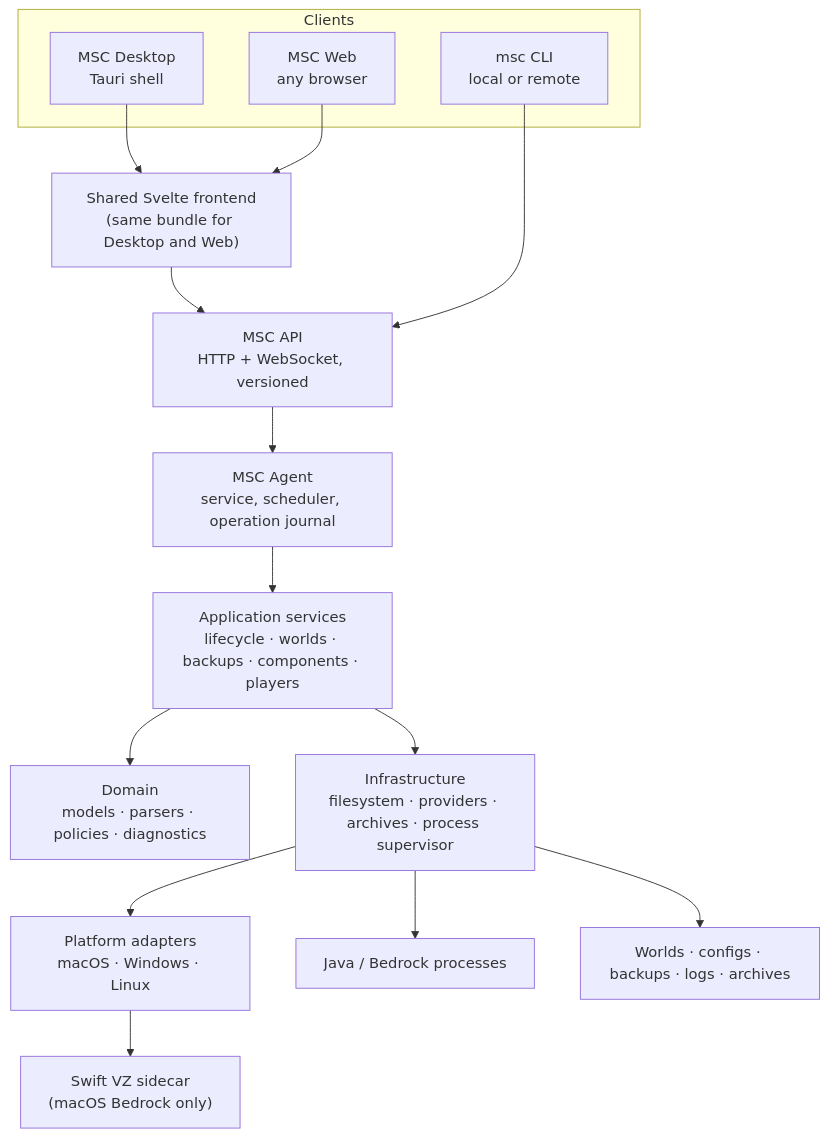
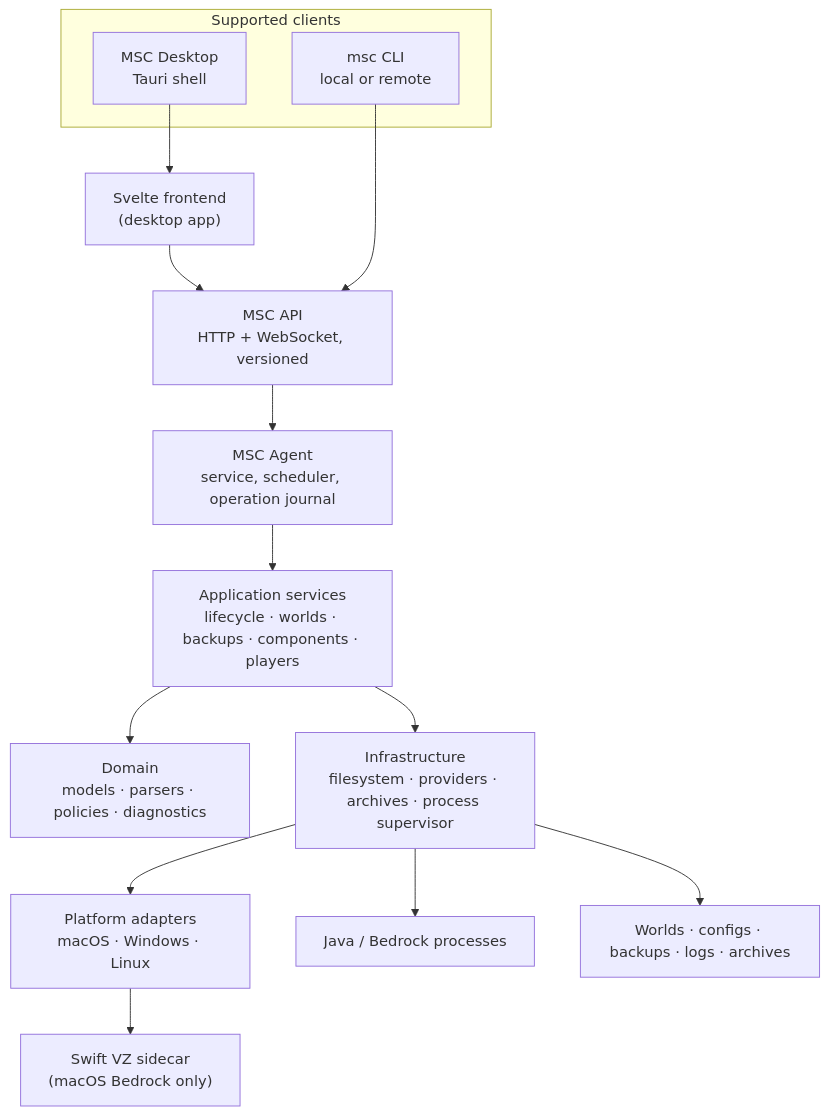
The diagram in docs/msc2/msc2-engineering.md (ctemple9/msc2), drawn with Mermaid before and after one commit. The commit also changed other lines of this file and 7 other files, not shown here.

````diff
--- a/docs/msc2/msc2-engineering.md
+++ b/docs/msc2/msc2-engineering.md
@@ -40,25 +40,23 @@
 ```mermaid
 flowchart TB
-    subgraph clients["Clients"]
+    subgraph clients["Supported clients"]
         Desktop["MSC Desktop<br/>Tauri shell"]
-        Web["MSC Web<br/>any browser"]
         CLI["msc CLI<br/>local or remote"]
     end
 
-    Svelte["Shared Svelte frontend<br/>(same bundle for Desktop and Web)"]
+    Svelte["Svelte frontend<br/>(desktop app)"]
 
     Desktop --> Svelte
-    Web --> Svelte
     Svelte --> API
     CLI --> API
 
     API["MSC API<br/>HTTP + WebSocket, versioned"]
     API --> Agent["MSC Agent<br/>service, scheduler, operation journal"]
     Agent --> App["Application services<br/>lifecycle · worlds · backups · components · players"]
     App --> Domain["Domain<br/>models · parsers · policies · diagnostics"]
     App --> Infra["Infrastructure<br/>filesystem · providers · archives · process supervisor"]
     Infra --> Platform["Platform adapters<br/>macOS · Windows · Linux"]
     Platform --> Sidecar["Swift VZ sidecar<br/>(macOS Bedrock only)"]
     Infra --> Procs["Java / Bedrock processes"]
     Infra --> Store["Worlds · configs · backups · logs · archives"]
 ```
````
